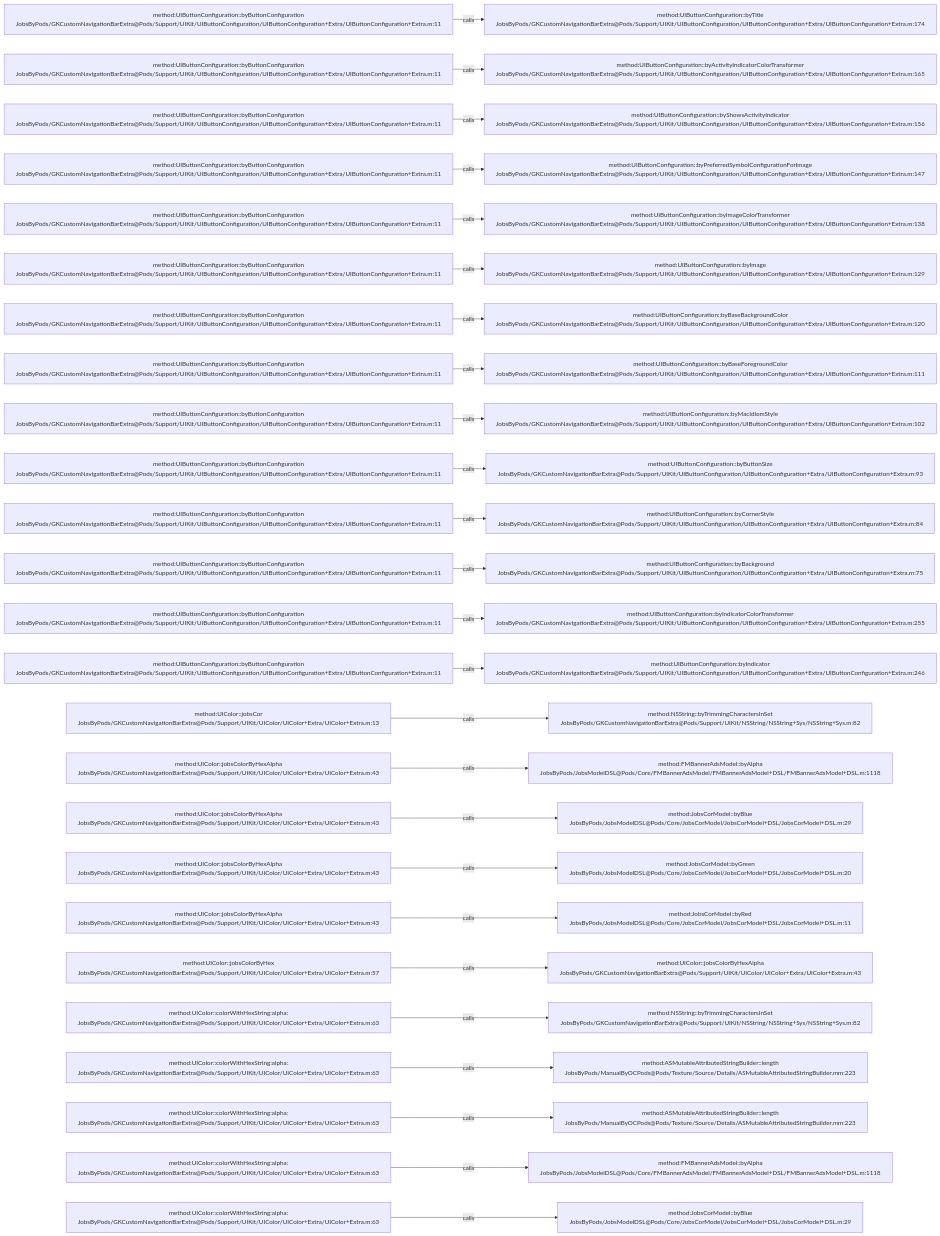
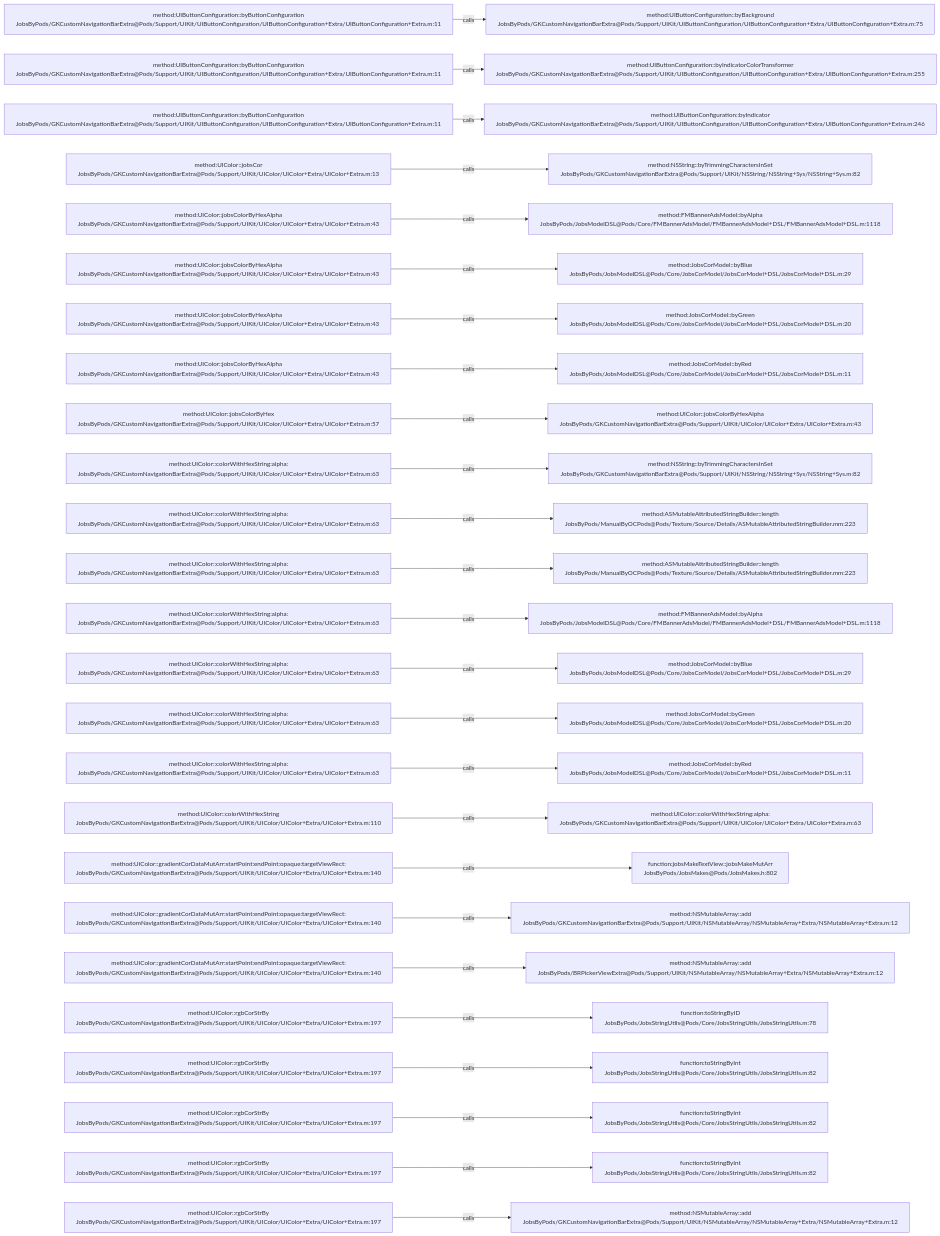
The diagram in .codegraph/codegraph.md/graphs/calls-038.md (JobsKits/JobsOCBaseConfigDemo), drawn with Mermaid before and after one commit. The commit also changed 223 other files, not shown here.

````diff
--- a/.codegraph/codegraph.md/graphs/calls-038.md
+++ b/.codegraph/codegraph.md/graphs/calls-038.md
@@ -13,78 +13,78 @@
 ```mermaid
 flowchart LR
   S1["method:UIButtonConfiguration::byButtonConfiguration<br/>JobsByPods/GKCustomNavigationBarExtra@Pods/Support/UIKit/UIButtonConfiguration/UIButtonConfiguration+Extra/UIButtonConfiguration+Extra.m:11"]
-  T1["method:UIButtonConfiguration::byTitle<br/>JobsByPods/GKCustomNavigationBarExtra@Pods/Support/UIKit/UIButtonConfiguration/UIButtonConfiguration+Extra/UIButtonConfiguration+Extra.m:174"]
+  T1["method:UIButtonConfiguration::byBackground<br/>JobsByPods/GKCustomNavigationBarExtra@Pods/Support/UIKit/UIButtonConfiguration/UIButtonConfiguration+Extra/UIButtonConfiguration+Extra.m:75"]
   S1 -->|calls| T1
   S2["method:UIButtonConfiguration::byButtonConfiguration<br/>JobsByPods/GKCustomNavigationBarExtra@Pods/Support/UIKit/UIButtonConfiguration/UIButtonConfiguration+Extra/UIButtonConfiguration+Extra.m:11"]
-  T2["method:UIButtonConfiguration::byActivityIndicatorColorTransformer<br/>JobsByPods/GKCustomNavigationBarExtra@Pods/Support/UIKit/UIButtonConfiguration/UIButtonConfiguration+Extra/UIButtonConfiguration+Extra.m:165"]
+  T2["method:UIButtonConfiguration::byIndicatorColorTransformer<br/>JobsByPods/GKCustomNavigationBarExtra@Pods/Support/UIKit/UIButtonConfiguration/UIButtonConfiguration+Extra/UIButtonConfiguration+Extra.m:255"]
   S2 -->|calls| T2
   S3["method:UIButtonConfiguration::byButtonConfiguration<br/>JobsByPods/GKCustomNavigationBarExtra@Pods/Support/UIKit/UIButtonConfiguration/UIButtonConfiguration+Extra/UIButtonConfiguration+Extra.m:11"]
-  T3["method:UIButtonConfiguration::byShowsActivityIndicator<br/>JobsByPods/GKCustomNavigationBarExtra@Pods/Support/UIKit/UIButtonConfiguration/UIButtonConfiguration+Extra/UIButtonConfiguration+Extra.m:156"]
+  T3["method:UIButtonConfiguration::byIndicator<br/>JobsByPods/GKCustomNavigationBarExtra@Pods/Support/UIKit/UIButtonConfiguration/UIButtonConfiguration+Extra/UIButtonConfiguration+Extra.m:246"]
   S3 -->|calls| T3
-  S4["method:UIButtonConfiguration::byButtonConfiguration<br/>JobsByPods/GKCustomNavigationBarExtra@Pods/Support/UIKit/UIButtonConfiguration/UIButtonConfiguration+Extra/UIButtonConfiguration+Extra.m:11"]
-  T4["method:UIButtonConfiguration::byPreferredSymbolConfigurationForImage<br/>JobsByPods/GKCustomNavigationBarExtra@Pods/Support/UIKit/UIButtonConfiguration/UIButtonConfiguration+Extra/UIButtonConfiguration+Extra.m:147"]
+  S4["method:UIColor::jobsCor<br/>JobsByPods/GKCustomNavigationBarExtra@Pods/Support/UIKit/UIColor/UIColor+Extra/UIColor+Extra.m:13"]
+  T4["method:NSString::byTrimmingCharactersInSet<br/>JobsByPods/GKCustomNavigationBarExtra@Pods/Support/UIKit/NSString/NSString+Sys/NSString+Sys.m:82"]
   S4 -->|calls| T4
-  S5["method:UIButtonConfiguration::byButtonConfiguration<br/>JobsByPods/GKCustomNavigationBarExtra@Pods/Support/UIKit/UIButtonConfiguration/UIButtonConfiguration+Extra/UIButtonConfiguration+Extra.m:11"]
-  T5["method:UIButtonConfiguration::byImageColorTransformer<br/>JobsByPods/GKCustomNavigationBarExtra@Pods/Support/UIKit/UIButtonConfiguration/UIButtonConfiguration+Extra/UIButtonConfiguration+Extra.m:138"]
+  S5["method:UIColor::jobsColorByHexAlpha<br/>JobsByPods/GKCustomNavigationBarExtra@Pods/Support/UIKit/UIColor/UIColor+Extra/UIColor+Extra.m:43"]
+  T5["method:FMBannerAdsModel::byAlpha<br/>JobsByPods/JobsModelDSL@Pods/Core/FMBannerAdsModel/FMBannerAdsModel+DSL/FMBannerAdsModel+DSL.m:1118"]
   S5 -->|calls| T5
-  S6["method:UIButtonConfiguration::byButtonConfiguration<br/>JobsByPods/GKCustomNavigationBarExtra@Pods/Support/UIKit/UIButtonConfiguration/UIButtonConfiguration+Extra/UIButtonConfiguration+Extra.m:11"]
-  T6["method:UIButtonConfiguration::byImage<br/>JobsByPods/GKCustomNavigationBarExtra@Pods/Support/UIKit/UIButtonConfiguration/UIButtonConfiguration+Extra/UIButtonConfiguration+Extra.m:129"]
+  S6["method:UIColor::jobsColorByHexAlpha<br/>JobsByPods/GKCustomNavigationBarExtra@Pods/Support/UIKit/UIColor/UIColor+Extra/UIColor+Extra.m:43"]
+  T6["method:JobsCorModel::byBlue<br/>JobsByPods/JobsModelDSL@Pods/Core/JobsCorModel/JobsCorModel+DSL/JobsCorModel+DSL.m:29"]
   S6 -->|calls| T6
-  S7["method:UIButtonConfiguration::byButtonConfiguration<br/>JobsByPods/GKCustomNavigationBarExtra@Pods/Support/UIKit/UIButtonConfiguration/UIButtonConfiguration+Extra/UIButtonConfiguration+Extra.m:11"]
-  T7["method:UIButtonConfiguration::byBaseBackgroundColor<br/>JobsByPods/GKCustomNavigationBarExtra@Pods/Support/UIKit/UIButtonConfiguration/UIButtonConfiguration+Extra/UIButtonConfiguration+Extra.m:120"]
+  S7["method:UIColor::jobsColorByHexAlpha<br/>JobsByPods/GKCustomNavigationBarExtra@Pods/Support/UIKit/UIColor/UIColor+Extra/UIColor+Extra.m:43"]
+  T7["method:JobsCorModel::byGreen<br/>JobsByPods/JobsModelDSL@Pods/Core/JobsCorModel/JobsCorModel+DSL/JobsCorModel+DSL.m:20"]
   S7 -->|calls| T7
-  S8["method:UIButtonConfiguration::byButtonConfiguration<br/>JobsByPods/GKCustomNavigationBarExtra@Pods/Support/UIKit/UIButtonConfiguration/UIButtonConfiguration+Extra/UIButtonConfiguration+Extra.m:11"]
-  T8["method:UIButtonConfiguration::byBaseForegroundColor<br/>JobsByPods/GKCustomNavigationBarExtra@Pods/Support/UIKit/UIButtonConfiguration/UIButtonConfiguration+Extra/UIButtonConfiguration+Extra.m:111"]
+  S8["method:UIColor::jobsColorByHexAlpha<br/>JobsByPods/GKCustomNavigationBarExtra@Pods/Support/UIKit/UIColor/UIColor+Extra/UIColor+Extra.m:43"]
+  T8["method:JobsCorModel::byRed<br/>JobsByPods/JobsModelDSL@Pods/Core/JobsCorModel/JobsCorModel+DSL/JobsCorModel+DSL.m:11"]
   S8 -->|calls| T8
-  S9["method:UIButtonConfiguration::byButtonConfiguration<br/>JobsByPods/GKCustomNavigationBarExtra@Pods/Support/UIKit/UIButtonConfiguration/UIButtonConfiguration+Extra/UIButtonConfiguration+Extra.m:11"]
-  T9["method:UIButtonConfiguration::byMacIdiomStyle<br/>JobsByPods/GKCustomNavigationBarExtra@Pods/Support/UIKit/UIButtonConfiguration/UIButtonConfiguration+Extra/UIButtonConfiguration+Extra.m:102"]
+  S9["method:UIColor::jobsColorByHex<br/>JobsByPods/GKCustomNavigationBarExtra@Pods/Support/UIKit/UIColor/UIColor+Extra/UIColor+Extra.m:57"]
+  T9["method:UIColor::jobsColorByHexAlpha<br/>JobsByPods/GKCustomNavigationBarExtra@Pods/Support/UIKit/UIColor/UIColor+Extra/UIColor+Extra.m:43"]
   S9 -->|calls| T9
-  S10["method:UIButtonConfiguration::byButtonConfiguration<br/>JobsByPods/GKCustomNavigationBarExtra@Pods/Support/UIKit/UIButtonConfiguration/UIButtonConfiguration+Extra/UIButtonConfiguration+Extra.m:11"]
-  T10["method:UIButtonConfiguration::byButtonSize<br/>JobsByPods/GKCustomNavigationBarExtra@Pods/Support/UIKit/UIButtonConfiguration/UIButtonConfiguration+Extra/UIButtonConfiguration+Extra.m:93"]
+  S10["method:UIColor::colorWithHexString:alpha:<br/>JobsByPods/GKCustomNavigationBarExtra@Pods/Support/UIKit/UIColor/UIColor+Extra/UIColor+Extra.m:63"]
+  T10["method:NSString::byTrimmingCharactersInSet<br/>JobsByPods/GKCustomNavigationBarExtra@Pods/Support/UIKit/NSString/NSString+Sys/NSString+Sys.m:82"]
   S10 -->|calls| T10
-  S11["method:UIButtonConfiguration::byButtonConfiguration<br/>JobsByPods/GKCustomNavigationBarExtra@Pods/Support/UIKit/UIButtonConfiguration/UIButtonConfiguration+Extra/UIButtonConfiguration+Extra.m:11"]
-  T11["method:UIButtonConfiguration::byCornerStyle<br/>JobsByPods/GKCustomNavigationBarExtra@Pods/Support/UIKit/UIButtonConfiguration/UIButtonConfiguration+Extra/UIButtonConfiguration+Extra.m:84"]
+  S11["method:UIColor::colorWithHexString:alpha:<br/>JobsByPods/GKCustomNavigationBarExtra@Pods/Support/UIKit/UIColor/UIColor+Extra/UIColor+Extra.m:63"]
+  T11["method:ASMutableAttributedStringBuilder::length<br/>JobsByPods/ManualByOCPods@Pods/Texture/Source/Details/ASMutableAttributedStringBuilder.mm:223"]
   S11 -->|calls| T11
-  S12["method:UIButtonConfiguration::byButtonConfiguration<br/>JobsByPods/GKCustomNavigationBarExtra@Pods/Support/UIKit/UIButtonConfiguration/UIButtonConfiguration+Extra/UIButtonConfiguration+Extra.m:11"]
-  T12["method:UIButtonConfiguration::byBackground<br/>JobsByPods/GKCustomNavigationBarExtra@Pods/Support/UIKit/UIButtonConfiguration/UIButtonConfiguration+Extra/UIButtonConfiguration+Extra.m:75"]
+  S12["method:UIColor::colorWithHexString:alpha:<br/>JobsByPods/GKCustomNavigationBarExtra@Pods/Support/UIKit/UIColor/UIColor+Extra/UIColor+Extra.m:63"]
+  T12["method:ASMutableAttributedStringBuilder::length<br/>JobsByPods/ManualByOCPods@Pods/Texture/Source/Details/ASMutableAttributedStringBuilder.mm:223"]
   S12 -->|calls| T12
-  S13["method:UIButtonConfiguration::byButtonConfiguration<br/>JobsByPods/GKCustomNavigationBarExtra@Pods/Support/UIKit/UIButtonConfiguration/UIButtonConfiguration+Extra/UIButtonConfiguration+Extra.m:11"]
-  T13["method:UIButtonConfiguration::byIndicatorColorTransformer<br/>JobsByPods/GKCustomNavigationBarExtra@Pods/Support/UIKit/UIButtonConfiguration/UIButtonConfiguration+Extra/UIButtonConfiguration+Extra.m:255"]
+  S13["method:UIColor::colorWithHexString:alpha:<br/>JobsByPods/GKCustomNavigationBarExtra@Pods/Support/UIKit/UIColor/UIColor+Extra/UIColor+Extra.m:63"]
+  T13["method:FMBannerAdsModel::byAlpha<br/>JobsByPods/JobsModelDSL@Pods/Core/FMBannerAdsModel/FMBannerAdsModel+DSL/FMBannerAdsModel+DSL.m:1118"]
   S13 -->|calls| T13
-  S14["method:UIButtonConfiguration::byButtonConfiguration<br/>JobsByPods/GKCustomNavigationBarExtra@Pods/Support/UIKit/UIButtonConfiguration/UIButtonConfiguration+Extra/UIButtonConfiguration+Extra.m:11"]
-  T14["method:UIButtonConfiguration::byIndicator<br/>JobsByPods/GKCustomNavigationBarExtra@Pods/Support/UIKit/UIButtonConfiguration/UIButtonConfiguration+Extra/UIButtonConfiguration+Extra.m:246"]
+  S14["method:UIColor::colorWithHexString:alpha:<br/>JobsByPods/GKCustomNavigationBarExtra@Pods/Support/UIKit/UIColor/UIColor+Extra/UIColor+Extra.m:63"]
+  T14["method:JobsCorModel::byBlue<br/>JobsByPods/JobsModelDSL@Pods/Core/JobsCorModel/JobsCorModel+DSL/JobsCorModel+DSL.m:29"]
   S14 -->|calls| T14
-  S15["method:UIColor::jobsCor<br/>JobsByPods/GKCustomNavigationBarExtra@Pods/Support/UIKit/UIColor/UIColor+Extra/UIColor+Extra.m:13"]
-  T15["method:NSString::byTrimmingCharactersInSet<br/>JobsByPods/GKCustomNavigationBarExtra@Pods/Support/UIKit/NSString/NSString+Sys/NSString+Sys.m:82"]
+  S15["method:UIColor::colorWithHexString:alpha:<br/>JobsByPods/GKCustomNavigationBarExtra@Pods/Support/UIKit/UIColor/UIColor+Extra/UIColor+Extra.m:63"]
+  T15["method:JobsCorModel::byGreen<br/>JobsByPods/JobsModelDSL@Pods/Core/JobsCorModel/JobsCorModel+DSL/JobsCorModel+DSL.m:20"]
   S15 -->|calls| T15
-  S16["method:UIColor::jobsColorByHexAlpha<br/>JobsByPods/GKCustomNavigationBarExtra@Pods/Support/UIKit/UIColor/UIColor+Extra/UIColor+Extra.m:43"]
-  T16["method:FMBannerAdsModel::byAlpha<br/>JobsByPods/JobsModelDSL@Pods/Core/FMBannerAdsModel/FMBannerAdsModel+DSL/FMBannerAdsModel+DSL.m:1118"]
+  S16["method:UIColor::colorWithHexString:alpha:<br/>JobsByPods/GKCustomNavigationBarExtra@Pods/Support/UIKit/UIColor/UIColor+Extra/UIColor+Extra.m:63"]
+  T16["method:JobsCorModel::byRed<br/>JobsByPods/JobsModelDSL@Pods/Core/JobsCorModel/JobsCorModel+DSL/JobsCorModel+DSL.m:11"]
   S16 -->|calls| T16
-  S17["method:UIColor::jobsColorByHexAlpha<br/>JobsByPods/GKCustomNavigationBarExtra@Pods/Support/UIKit/UIColor/UIColor+Extra/UIColor+Extra.m:43"]
-  T17["method:JobsCorModel::byBlue<br/>JobsByPods/JobsModelDSL@Pods/Core/JobsCorModel/JobsCorModel+DSL/JobsCorModel+DSL.m:29"]
+  S17["method:UIColor::colorWithHexString<br/>JobsByPods/GKCustomNavigationBarExtra@Pods/Support/UIKit/UIColor/UIColor+Extra/UIColor+Extra.m:110"]
+  T17["method:UIColor::colorWithHexString:alpha:<br/>JobsByPods/GKCustomNavigationBarExtra@Pods/Support/UIKit/UIColor/UIColor+Extra/UIColor+Extra.m:63"]
   S17 -->|calls| T17
-  S18["method:UIColor::jobsColorByHexAlpha<br/>JobsByPods/GKCustomNavigationBarExtra@Pods/Support/UIKit/UIColor/UIColor+Extra/UIColor+Extra.m:43"]
-  T18["method:JobsCorModel::byGreen<br/>JobsByPods/JobsModelDSL@Pods/Core/JobsCorModel/JobsCorModel+DSL/JobsCorModel+DSL.m:20"]
+  S18["method:UIColor::gradientCorDataMutArr:startPoint:endPoint:opaque:targetViewRect:<br/>JobsByPods/GKCustomNavigationBarExtra@Pods/Support/UIKit/UIColor/UIColor+Extra/UIColor+Extra.m:140"]
+  T18["function:jobsMakeTextView::jobsMakeMutArr<br/>JobsByPods/JobsMakes@Pods/JobsMakes.h:802"]
   S18 -->|calls| T18
-  S19["method:UIColor::jobsColorByHexAlpha<br/>JobsByPods/GKCustomNavigationBarExtra@Pods/Support/UIKit/UIColor/UIColor+Extra/UIColor+Extra.m:43"]
-  T19["method:JobsCorModel::byRed<br/>JobsByPods/JobsModelDSL@Pods/Core/JobsCorModel/JobsCorModel+DSL/JobsCorModel+DSL.m:11"]
+  S19["method:UIColor::gradientCorDataMutArr:startPoint:endPoint:opaque:targetViewRect:<br/>JobsByPods/GKCustomNavigationBarExtra@Pods/Support/UIKit/UIColor/UIColor+Extra/UIColor+Extra.m:140"]
+  T19["method:NSMutableArray::add<br/>JobsByPods/GKCustomNavigationBarExtra@Pods/Support/UIKit/NSMutableArray/NSMutableArray+Extra/NSMutableArray+Extra.m:12"]
   S19 -->|calls| T19
-  S20["method:UIColor::jobsColorByHex<br/>JobsByPods/GKCustomNavigationBarExtra@Pods/Support/UIKit/UIColor/UIColor+Extra/UIColor+Extra.m:57"]
-  T20["method:UIColor::jobsColorByHexAlpha<br/>JobsByPods/GKCustomNavigationBarExtra@Pods/Support/UIKit/UIColor/UIColor+Extra/UIColor+Extra.m:43"]
+  S20["method:UIColor::gradientCorDataMutArr:startPoint:endPoint:opaque:targetViewRect:<br/>JobsByPods/GKCustomNavigationBarExtra@Pods/Support/UIKit/UIColor/UIColor+Extra/UIColor+Extra.m:140"]
+  T20["method:NSMutableArray::add<br/>JobsByPods/BRPickerViewExtra@Pods/Support/UIKit/NSMutableArray/NSMutableArray+Extra/NSMutableArray+Extra.m:12"]
   S20 -->|calls| T20
-  S21["method:UIColor::colorWithHexString:alpha:<br/>JobsByPods/GKCustomNavigationBarExtra@Pods/Support/UIKit/UIColor/UIColor+Extra/UIColor+Extra.m:63"]
-  T21["method:NSString::byTrimmingCharactersInSet<br/>JobsByPods/GKCustomNavigationBarExtra@Pods/Support/UIKit/NSString/NSString+Sys/NSString+Sys.m:82"]
+  S21["method:UIColor::rgbCorStrBy<br/>JobsByPods/GKCustomNavigationBarExtra@Pods/Support/UIKit/UIColor/UIColor+Extra/UIColor+Extra.m:197"]
+  T21["function:toStringByID<br/>JobsByPods/JobsStringUtils@Pods/Core/JobsStringUtils/JobsStringUtils.m:78"]
   S21 -->|calls| T21
-  S22["method:UIColor::colorWithHexString:alpha:<br/>JobsByPods/GKCustomNavigationBarExtra@Pods/Support/UIKit/UIColor/UIColor+Extra/UIColor+Extra.m:63"]
-  T22["method:ASMutableAttributedStringBuilder::length<br/>JobsByPods/ManualByOCPods@Pods/Texture/Source/Details/ASMutableAttributedStringBuilder.mm:223"]
+  S22["method:UIColor::rgbCorStrBy<br/>JobsByPods/GKCustomNavigationBarExtra@Pods/Support/UIKit/UIColor/UIColor+Extra/UIColor+Extra.m:197"]
+  T22["function:toStringByInt<br/>JobsByPods/JobsStringUtils@Pods/Core/JobsStringUtils/JobsStringUtils.m:82"]
   S22 -->|calls| T22
-  S23["method:UIColor::colorWithHexString:alpha:<br/>JobsByPods/GKCustomNavigationBarExtra@Pods/Support/UIKit/UIColor/UIColor+Extra/UIColor+Extra.m:63"]
-  T23["method:ASMutableAttributedStringBuilder::length<br/>JobsByPods/ManualByOCPods@Pods/Texture/Source/Details/ASMutableAttributedStringBuilder.mm:223"]
+  S23["method:UIColor::rgbCorStrBy<br/>JobsByPods/GKCustomNavigationBarExtra@Pods/Support/UIKit/UIColor/UIColor+Extra/UIColor+Extra.m:197"]
+  T23["function:toStringByInt<br/>JobsByPods/JobsStringUtils@Pods/Core/JobsStringUtils/JobsStringUtils.m:82"]
   S23 -->|calls| T23
-  S24["method:UIColor::colorWithHexString:alpha:<br/>JobsByPods/GKCustomNavigationBarExtra@Pods/Support/UIKit/UIColor/UIColor+Extra/UIColor+Extra.m:63"]
-  T24["method:FMBannerAdsModel::byAlpha<br/>JobsByPods/JobsModelDSL@Pods/Core/FMBannerAdsModel/FMBannerAdsModel+DSL/FMBannerAdsModel+DSL.m:1118"]
+  S24["method:UIColor::rgbCorStrBy<br/>JobsByPods/GKCustomNavigationBarExtra@Pods/Support/UIKit/UIColor/UIColor+Extra/UIColor+Extra.m:197"]
+  T24["function:toStringByInt<br/>JobsByPods/JobsStringUtils@Pods/Core/JobsStringUtils/JobsStringUtils.m:82"]
   S24 -->|calls| T24
-  S25["method:UIColor::colorWithHexString:alpha:<br/>JobsByPods/GKCustomNavigationBarExtra@Pods/Support/UIKit/UIColor/UIColor+Extra/UIColor+Extra.m:63"]
-  T25["method:JobsCorModel::byBlue<br/>JobsByPods/JobsModelDSL@Pods/Core/JobsCorModel/JobsCorModel+DSL/JobsCorModel+DSL.m:29"]
+  S25["method:UIColor::rgbCorStrBy<br/>JobsByPods/GKCustomNavigationBarExtra@Pods/Support/UIKit/UIColor/UIColor+Extra/UIColor+Extra.m:197"]
+  T25["method:NSMutableArray::add<br/>JobsByPods/GKCustomNavigationBarExtra@Pods/Support/UIKit/NSMutableArray/NSMutableArray+Extra/NSMutableArray+Extra.m:12"]
   S25 -->|calls| T25
 ```
````
